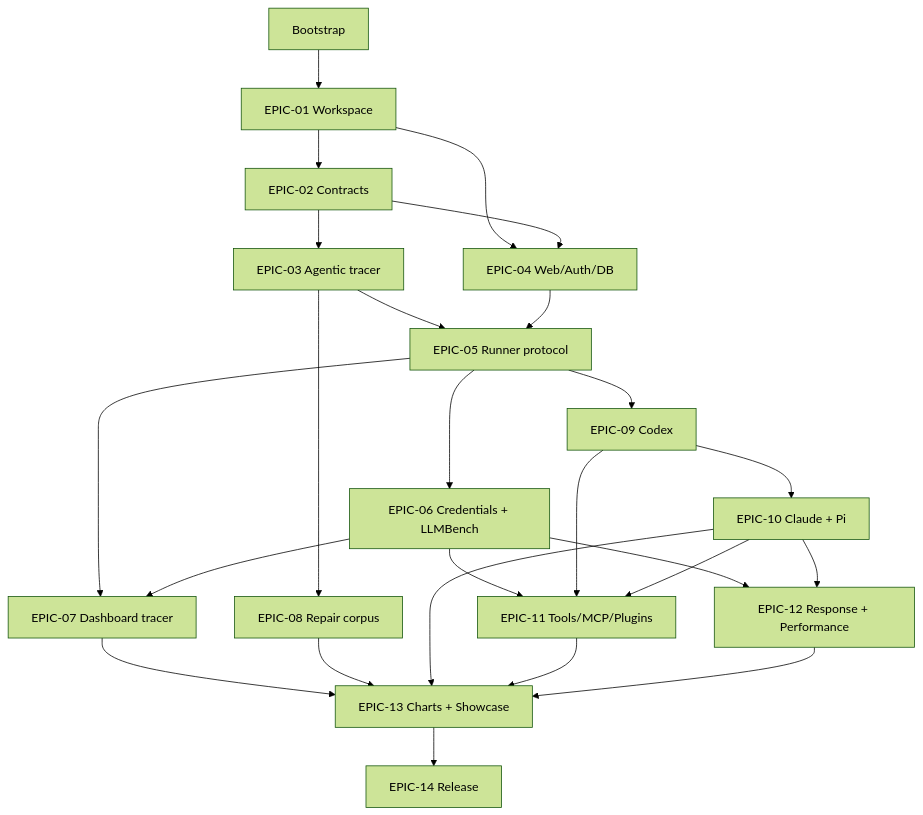
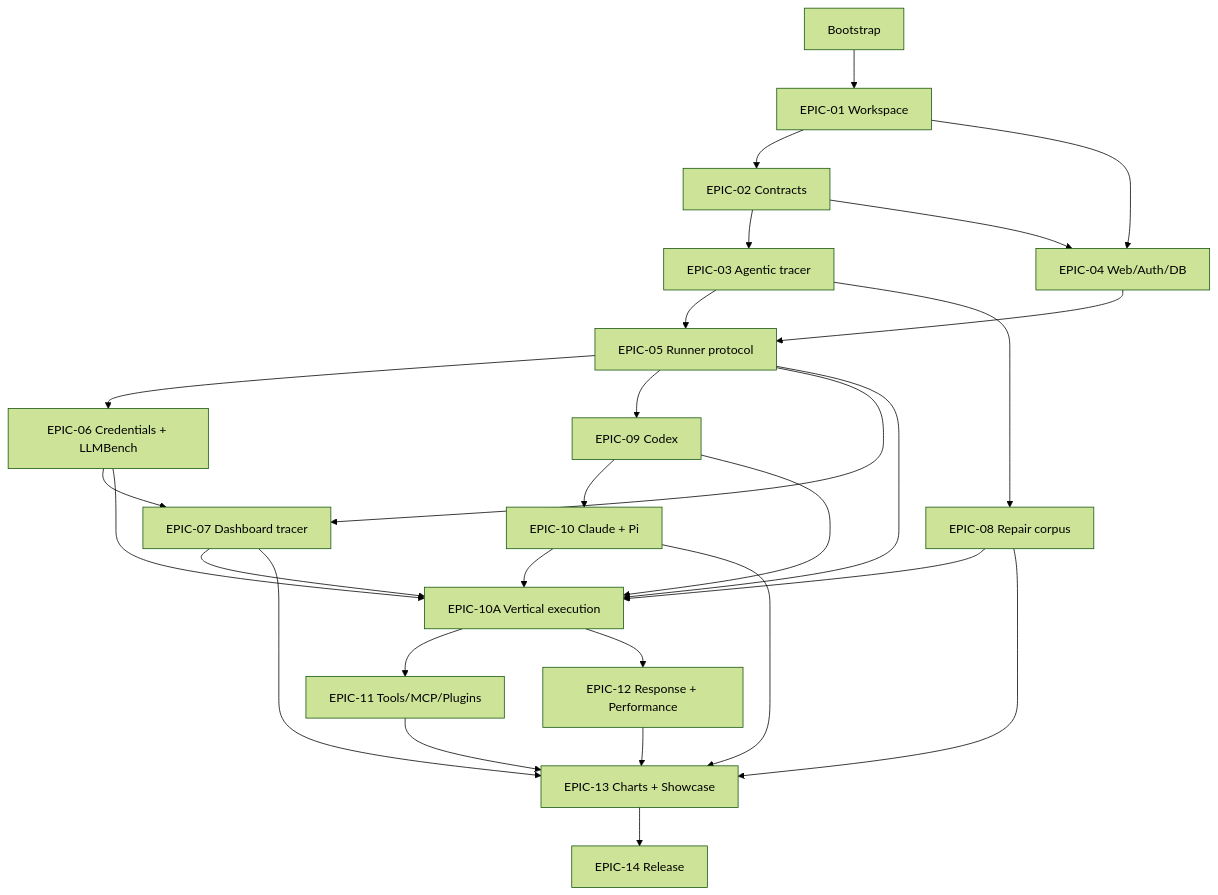
The diagram in docs/planning/DELIVERY_PLAN.md (Speirsy11/llm-bench), drawn with Mermaid (forest theme) before and after one commit. The commit also changed other lines of this file and 116 other files, not shown here.

First line of the commit message:
[EPIC-10A] Secure target-aware vertical execution (#13)

````diff
--- a/docs/planning/DELIVERY_PLAN.md
+++ b/docs/planning/DELIVERY_PLAN.md
@@ -26,27 +27,30 @@
 ```mermaid
 flowchart TD
   B["Bootstrap"] --> E1["EPIC-01 Workspace"]
   E1 --> E2["EPIC-02 Contracts"]
   E1 --> E4["EPIC-04 Web/Auth/DB"]
   E2 --> E3["EPIC-03 Agentic tracer"]
   E2 --> E4
   E3 --> E5["EPIC-05 Runner protocol"]
   E4 --> E5
   E3 --> E8["EPIC-08 Repair corpus"]
   E5 --> E6["EPIC-06 Credentials + LLMBench"]
   E5 --> E9["EPIC-09 Codex"]
   E5 --> E7["EPIC-07 Dashboard tracer"]
   E6 --> E7
   E9 --> E10["EPIC-10 Claude + Pi"]
-  E6 --> E11["EPIC-11 Tools/MCP/Plugins"]
-  E9 --> E11
-  E10 --> E11
-  E6 --> E12["EPIC-12 Response + Performance"]
-  E10 --> E12
+  E5 --> E10A["EPIC-10A Vertical execution"]
+  E6 --> E10A
+  E7 --> E10A
+  E8 --> E10A
+  E9 --> E10A
+  E10 --> E10A
+  E10A --> E11["EPIC-11 Tools/MCP/Plugins"]
+  E10A --> E12["EPIC-12 Response + Performance"]
   E7 --> E13["EPIC-13 Charts + Showcase"]
   E8 --> E13
   E10 --> E13
   E11 --> E13
   E12 --> E13
   E13 --> E14["EPIC-14 Release"]
 ```
````
